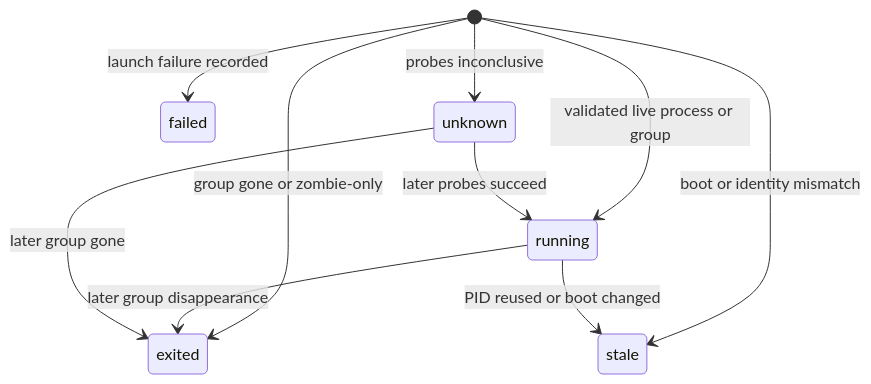
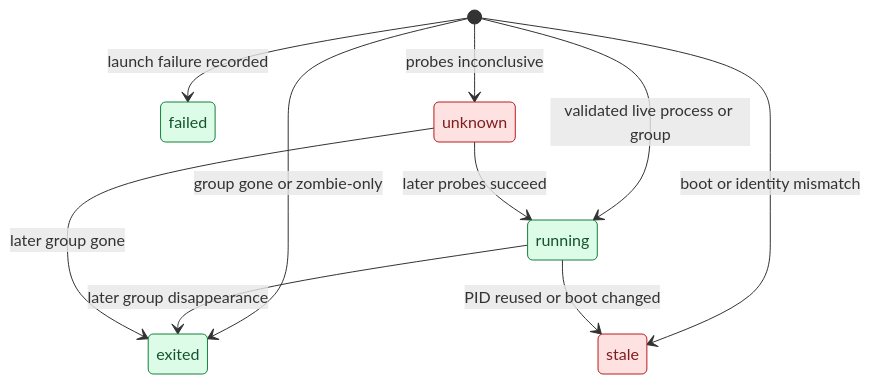
The second of 2 diagrams in docs/identity.md (RchGrav/onhold), drawn with Mermaid before and after one commit. The commit also changed other lines of this file and 13 other files, not shown here.

````diff
--- a/docs/identity.md
+++ b/docs/identity.md
@@ -54,12 +65,18 @@
 ```mermaid
 stateDiagram-v2
     [*] --> running: validated live process or group
     [*] --> exited: group gone or zombie-only
     [*] --> stale: boot or identity mismatch
     [*] --> failed: launch failure recorded
     [*] --> unknown: probes inconclusive
     running --> exited: later group disappearance
     running --> stale: PID reused or boot changed
     unknown --> running: later probes succeed
     unknown --> exited: later group gone
+
+    classDef safe fill:#dcfce7,stroke:#15803d,color:#14532d
+    classDef refuse fill:#fee2e2,stroke:#b91c1c,color:#7f1d1d
+    classDef neutral fill:#e0f2fe,stroke:#0369a1,color:#0c4a6e
+    class running,exited,failed safe
+    class stale,unknown refuse
 ```
````
